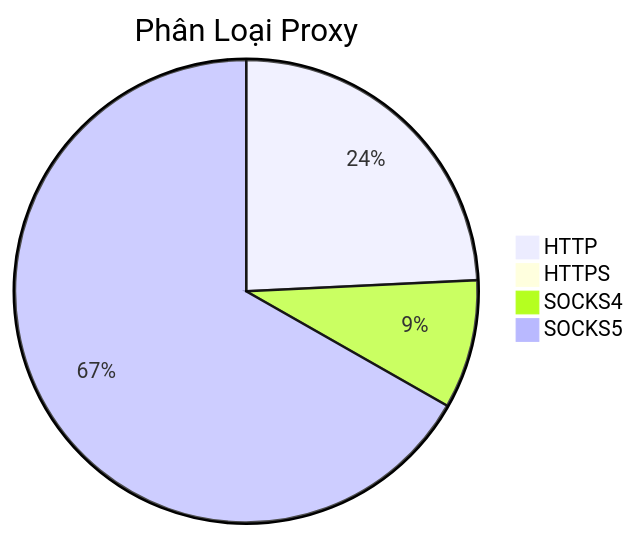
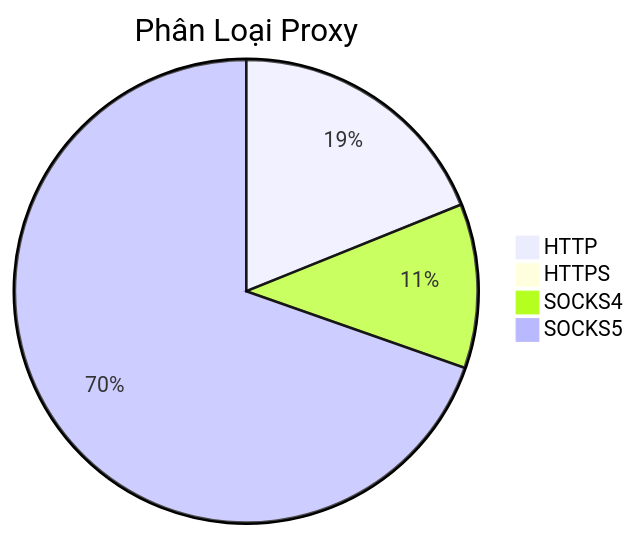
One commit to Ciara-Aa/PROXY-free changed the diagram in README.md. Above: the diagram before and after it, drawn with Mermaid. The commit also changed other lines of this file and 4 other files, not shown here.

````diff
--- a/README.md
+++ b/README.md
@@ -26,7 +26,7 @@
 ```mermaid
 pie title Phân Loại Proxy
-    "HTTP" : 802
-    "HTTPS" : 1
-    "SOCKS4" : 298
-    "SOCKS5" : 2209
+    "HTTP" : 476
+    "HTTPS" : 3
+    "SOCKS4" : 289
+    "SOCKS5" : 1754
 ```
````
